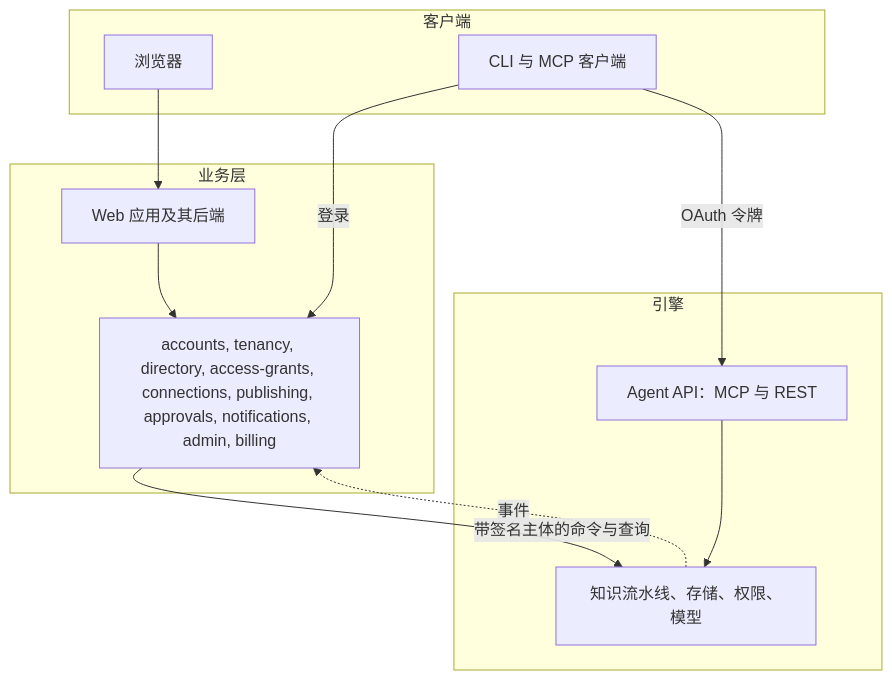
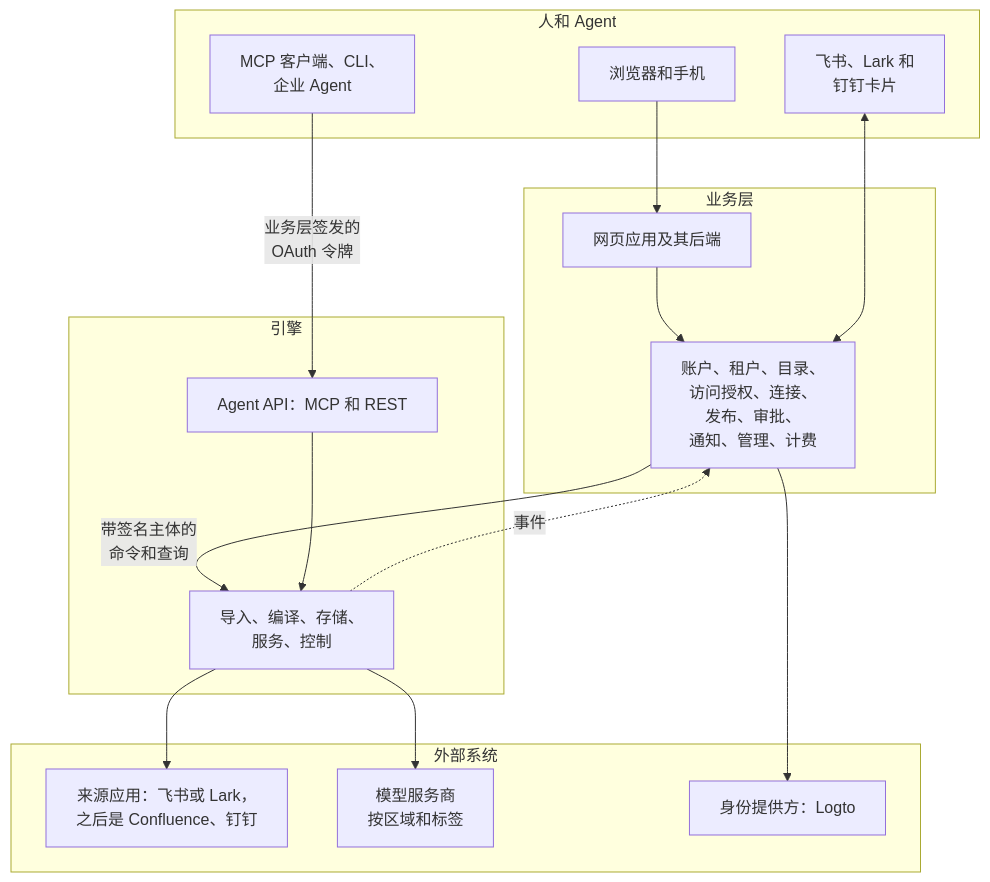
The ninth of 16 diagrams in docs/zh/overview.md (AngelMsger/Inspiration), drawn with Mermaid before and after one commit. The commit also changed other lines of this file and 16 other files, not shown here.

````diff
--- a/docs/zh/overview.md
+++ b/docs/zh/overview.md
@@ -311,22 +505,31 @@
 ```mermaid
 flowchart TB
-  subgraph clients[客户端]
-    browser[浏览器]
-    cli[CLI 与 MCP 客户端]
+  subgraph people[人和 Agent]
+    br[浏览器和手机]
+    im["飞书、Lark 和<br/>钉钉卡片"]
+    ag["MCP 客户端、CLI、<br/>企业 Agent"]
   end
-  subgraph business[业务层]
-    web[Web 应用及其后端]
-    biz[accounts, tenancy, directory, access-grants, connections, publishing, approvals, notifications, admin, billing]
+  subgraph biz[业务层]
+    web[网页应用及其后端]
+    bsvc["账户、租户、目录、<br/>访问授权、连接、<br/>发布、审批、<br/>通知、管理、计费"]
   end
-  subgraph engine[引擎]
-    api[Agent API：MCP 与 REST]
-    core[知识流水线、存储、权限、模型]
+  subgraph eng[引擎]
+    api[Agent API：MCP 和 REST]
+    core["导入、编译、存储、<br/>服务、控制"]
   end
-  browser --> web
-  web --> biz
-  biz -->|带签名主体的命令与查询| core
-  cli -->|登录| biz
-  cli -->|OAuth 令牌| api
+  subgraph ext[外部系统]
+    src["来源应用：飞书或 Lark，<br/>之后是 Confluence、钉钉"]
+    llm["模型服务商<br/>按区域和标签"]
+    idp[身份提供方：Logto]
+  end
+  br --> web
+  web --> bsvc
+  im <--> bsvc
+  ag -- "业务层签发的<br/>OAuth 令牌" --> api
+  bsvc -- "带签名主体的<br/>命令和查询" --> core
+  core -. 事件 .-> bsvc
   api --> core
-  core -.->|事件| biz
+  core --> src
+  core --> llm
+  bsvc --> idp
 ```
````
